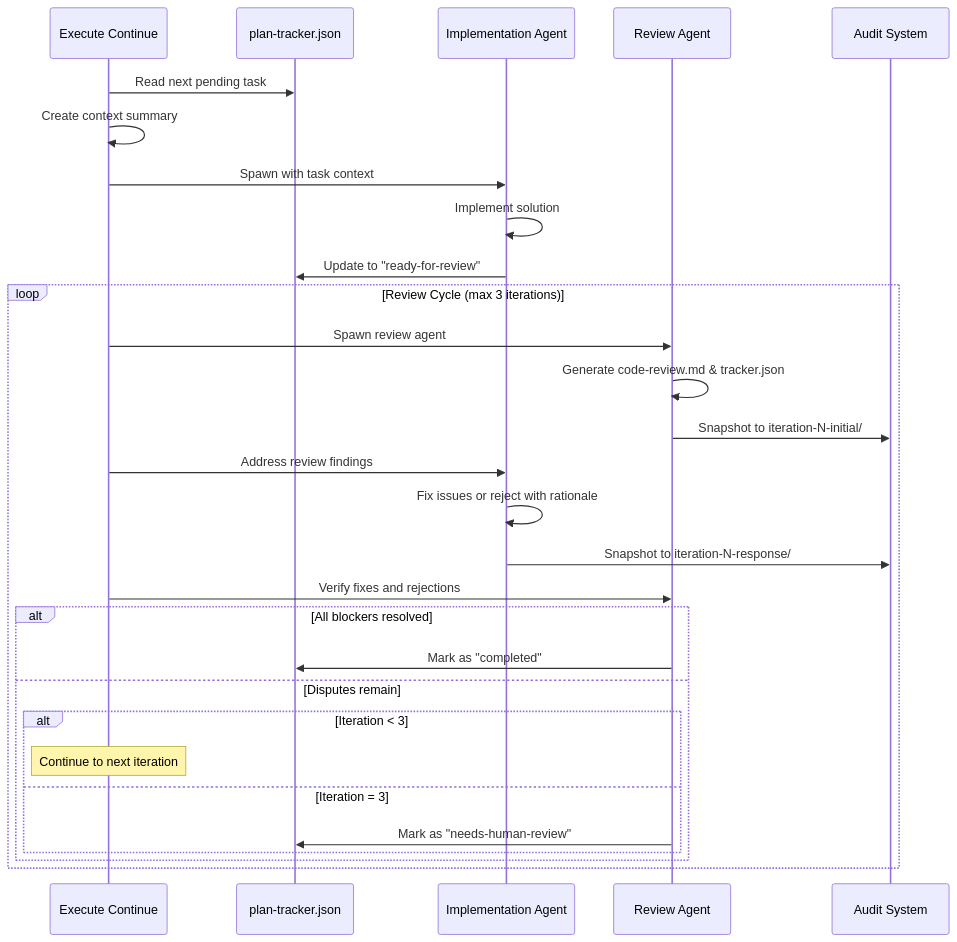
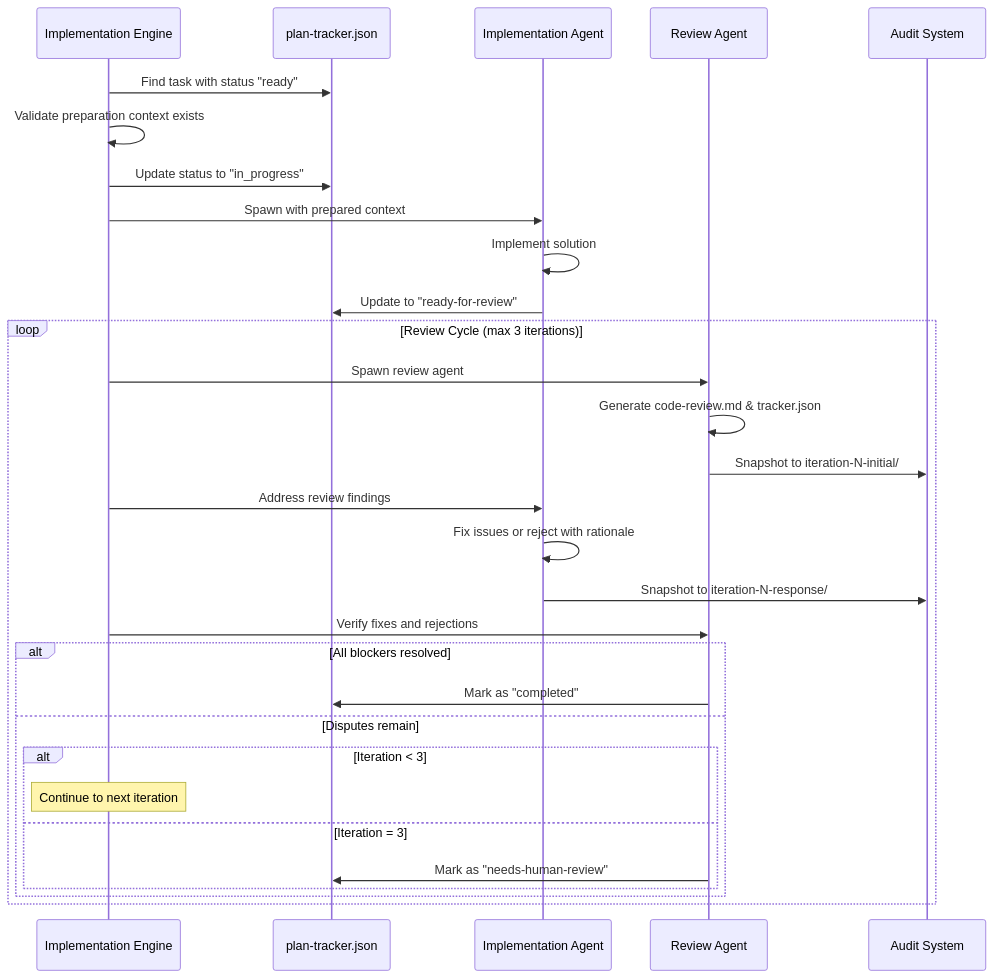
One commit to scotthamilton77/claude-code-sidekick changed the tenth of 19 diagrams in docs/plan/architecture.md. Above: the diagram before and after it, drawn with Mermaid. The commit also changed other lines of this file and 1 other file, not shown here.

````diff
--- a/docs/plan/architecture.md
+++ b/docs/plan/architecture.md
@@ -324,34 +347,35 @@
 ```mermaid
 sequenceDiagram
-    participant EC as Execute Continue
+    participant IE as Implementation Engine
     participant PT as plan-tracker.json
     participant IA as Implementation Agent
     participant RA as Review Agent
     participant AS as Audit System
     
-    EC->>PT: Read next pending task
-    EC->>EC: Create context summary
-    EC->>IA: Spawn with task context
+    IE->>PT: Find task with status "ready"
+    IE->>IE: Validate preparation context exists
+    IE->>PT: Update status to "in_progress"
+    IE->>IA: Spawn with prepared context
     IA->>IA: Implement solution
     IA->>PT: Update to "ready-for-review"
     
     loop Review Cycle (max 3 iterations)
-        EC->>RA: Spawn review agent
+        IE->>RA: Spawn review agent
         RA->>RA: Generate code-review.md & tracker.json
         RA->>AS: Snapshot to iteration-N-initial/
-        EC->>IA: Address review findings
+        IE->>IA: Address review findings
         IA->>IA: Fix issues or reject with rationale
         IA->>AS: Snapshot to iteration-N-response/
-        EC->>RA: Verify fixes and rejections
+        IE->>RA: Verify fixes and rejections
         
         alt All blockers resolved
             RA->>PT: Mark as "completed"
         else Disputes remain
             alt Iteration < 3
-                Note over EC: Continue to next iteration
+                Note over IE: Continue to next iteration
             else Iteration = 3
                 RA->>PT: Mark as "needs-human-review"
             end
         end
     end
 ```
````
